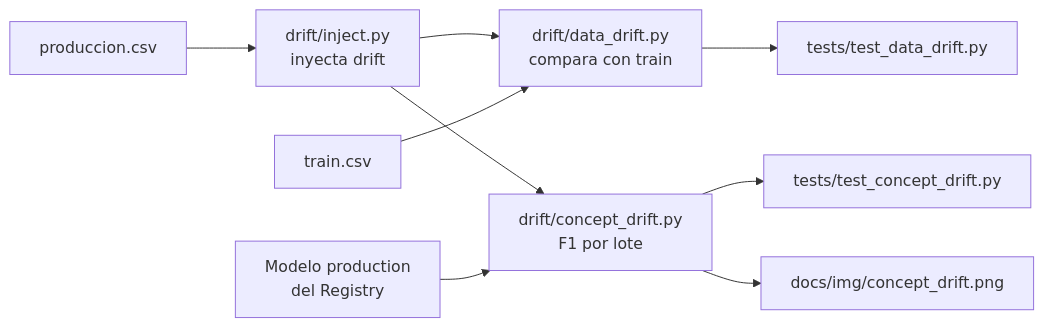
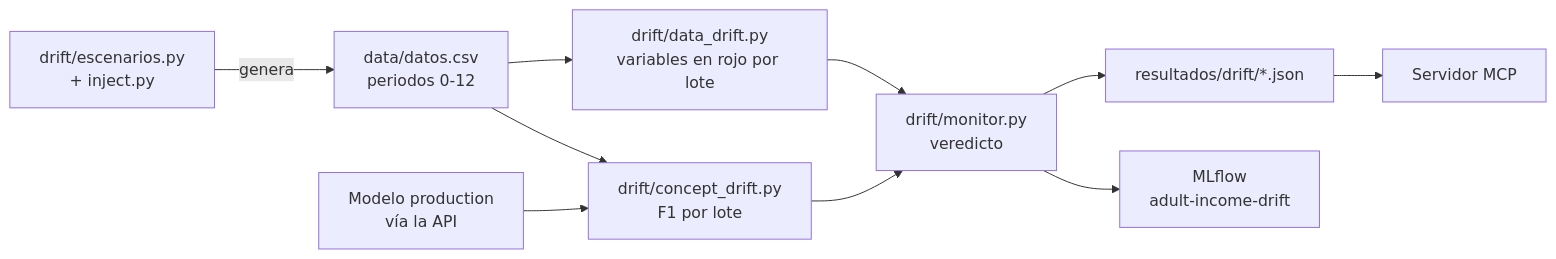
One commit to AcademicHumber/proyecto-final-mlops changed the first of 2 diagrams in docs/drift.md. Above: the diagram before and after it, drawn with Mermaid. The commit also changed other lines of this file and 12 other files, not shown here.

Commit message:
Fase 5: documentacion del dump temporal, el monitor y las herramientas MCP de drift

````diff
--- a/docs/drift.md
+++ b/docs/drift.md
@@ -5,11 +5,12 @@
 ```mermaid
 flowchart LR
-    P[produccion.csv] --> I[drift/inject.py<br/>inyecta drift]
-    I --> D[drift/data_drift.py<br/>compara con train]
-    I --> C[drift/concept_drift.py<br/>F1 por lote]
-    T[train.csv] --> D
-    M[Modelo production<br/>del Registry] --> C
-    D --> R1[tests/test_data_drift.py]
-    C --> R2[tests/test_concept_drift.py]
-    C --> G[docs/img/concept_drift.png]
+    E[drift/escenarios.py<br/>+ inject.py] -->|genera| P[data/datos.csv<br/>periodos 0-12]
+    P --> D[drift/data_drift.py<br/>variables en rojo por lote]
+    P --> C[drift/concept_drift.py<br/>F1 por lote]
+    M[Modelo production<br/>vía la API] --> C
+    D --> MON[drift/monitor.py<br/>veredicto]
+    C --> MON
+    MON --> J[resultados/drift/*.json]
+    MON --> ML[MLflow<br/>adult-income-drift]
+    J --> MCP[Servidor MCP]
 ```
````
